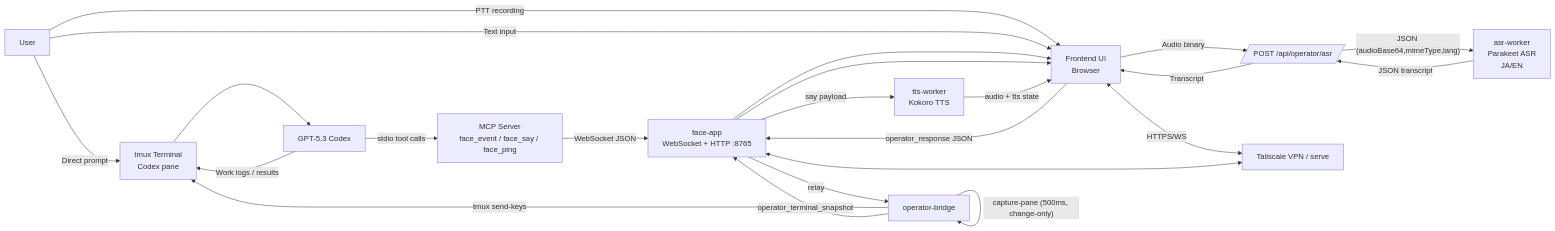
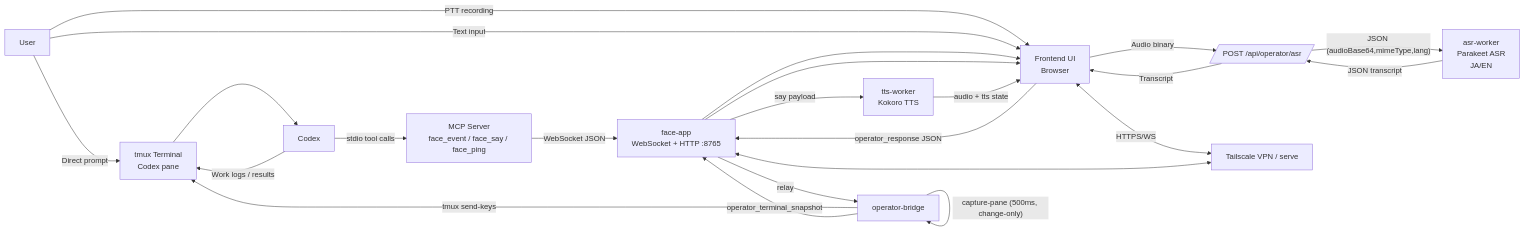
The first of 4 diagrams in README.md (amariichi/MinimumHeadroom), drawn with Mermaid before and after one commit. The commit also changed other lines of this file and 39 other files, not shown here.

````diff
--- a/README.md
+++ b/README.md
@@ -82,43 +87,43 @@
 ```mermaid
 flowchart LR
   U[User]
   TMUX[tmux Terminal<br/>Codex pane]
-  C[GPT-5.3 Codex]
+  C[Codex]
   MCP[MCP Server<br/>face_event / face_say / face_ping]
   WS[face-app<br/>WebSocket + HTTP :8765]
   FE[Frontend UI<br/>Browser]
   BR[operator-bridge]
   ASRP[/POST /api/operator/asr/]
   ASR[asr-worker<br/>Parakeet ASR<br/>JA/EN]
   TTS[tts-worker<br/>Kokoro TTS]
   TS[Tailscale VPN / serve]
 
   U -- Direct prompt --> TMUX
   U -- PTT recording --> FE
   U -- Text input --> FE
 
   FE -- Audio binary --> ASRP
   ASRP -- JSON (audioBase64,mimeType,lang) --> ASR
   ASR -- JSON transcript --> ASRP
   ASRP -- Transcript --> FE
 
   FE -- operator_response JSON --> WS
   WS -- relay --> BR
   BR -- tmux send-keys --> TMUX
   TMUX --> C
   C -- Work logs / results --> TMUX
 
   BR -- capture-pane (500ms, change-only) --> BR
   BR -- operator_terminal_snapshot --> WS
   WS --> FE
 
   C -- stdio tool calls --> MCP
   MCP -- WebSocket JSON --> WS
   WS --> FE
 
   WS -- say payload --> TTS
   TTS -- audio + tts state --> FE
 
   FE <-- HTTPS/WS --> TS
   TS <---> WS
 ```
````
